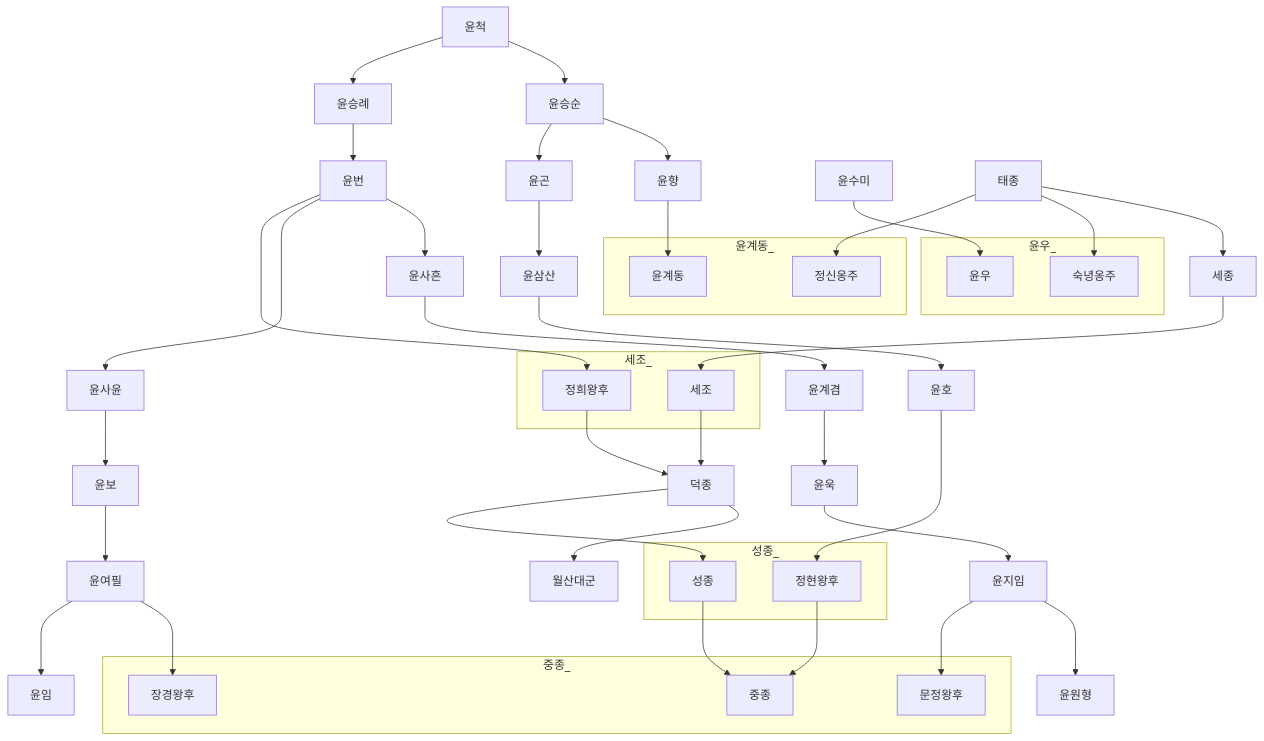
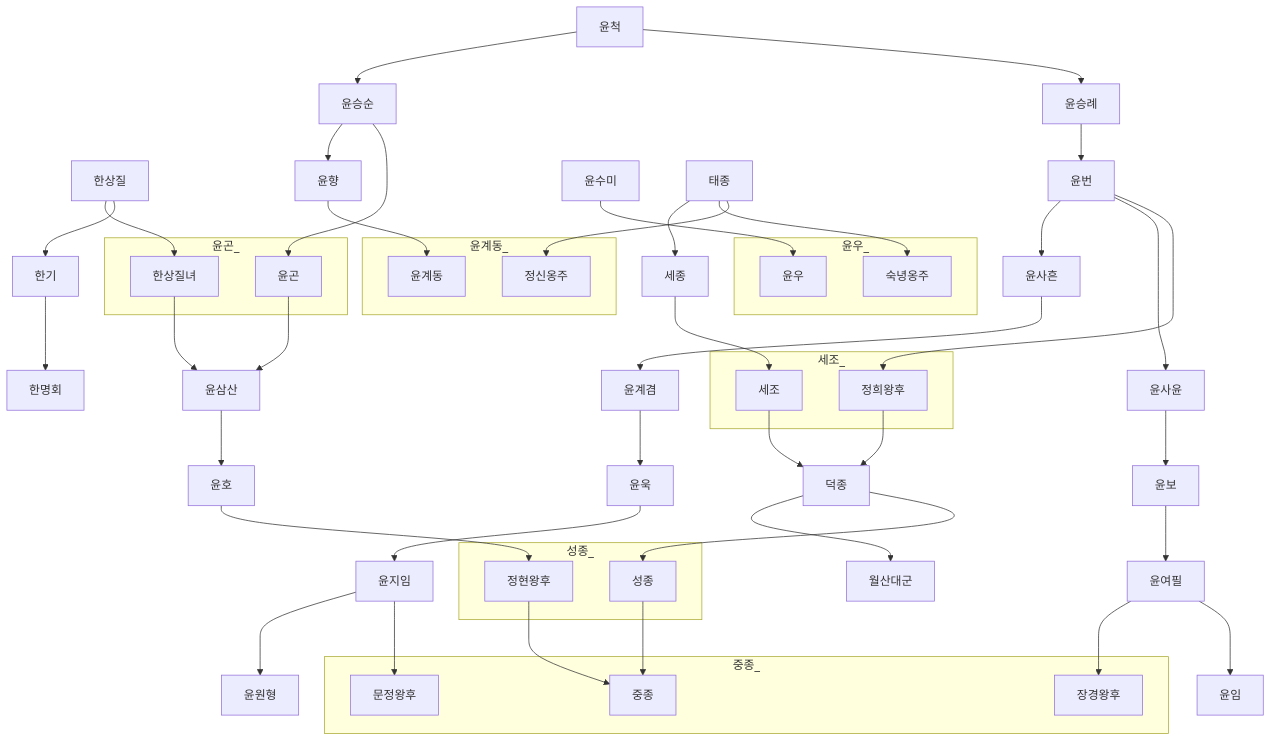
The diagram in 한국사/파평윤씨가계도.md (daewonyoon/historigram), drawn with Mermaid before and after one commit.

Commit message:
추가

````diff
--- a/한국사/파평윤씨가계도.md
+++ b/한국사/파평윤씨가계도.md
@@ -1,57 +1,66 @@
 ```mermaid
 
 graph TD
+
+한상질 --> 한기 --> 한명회
+
+한상질 --> 한상질녀 --> 윤삼산
 
 윤번 --> 정희왕후
 윤번 --> 윤사윤 --> 윤보 --> 윤여필
 윤여필 --> 윤임
 윤여필 --> 장경왕후
 윤번 --> 윤사흔 --> 윤계겸  --> 윤욱 --> 윤지임 --> 문정왕후
 윤지임 --> 윤원형
 
 윤척 --> 윤승례 --> 윤번
 윤척 --> 윤승순 --> 윤곤 --> 윤삼산 --> 윤호 --> 정현왕후
 
 윤승순 --> 윤향 --> 윤계동
 
 윤수미 --> 윤우
 
 태종 --> 정신옹주
 태종 --> 숙녕옹주 
 
 태종 --> 세종 --> 세조
 
 subgraph 윤계동_
 윤계동
 정신옹주
 end
 
 subgraph 윤우_
 윤우
 숙녕옹주
 end
 
 
 세조 --> 덕종 --> 성종 --> 중종
 정희왕후 --> 덕종
 정현왕후 --> 중종
 덕종 --> 월산대군
 
 subgraph 성종_
 성종
 정현왕후
 end
 
 subgraph 세조_
 세조
 정희왕후
 end
 
+subgraph 윤곤_
+윤곤
+한상질녀
+end
+
 
 subgraph 중종_
 중종
 문정왕후
 장경왕후
 end
 
 ```
````
